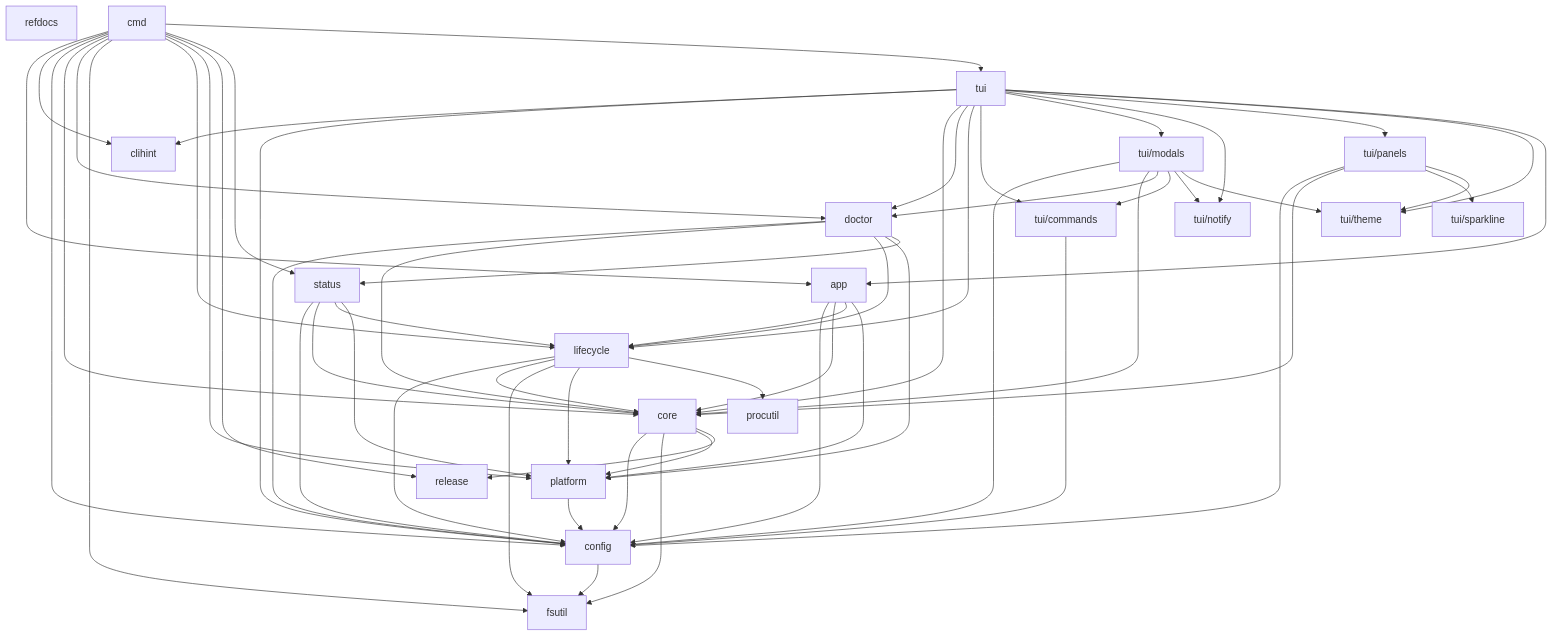
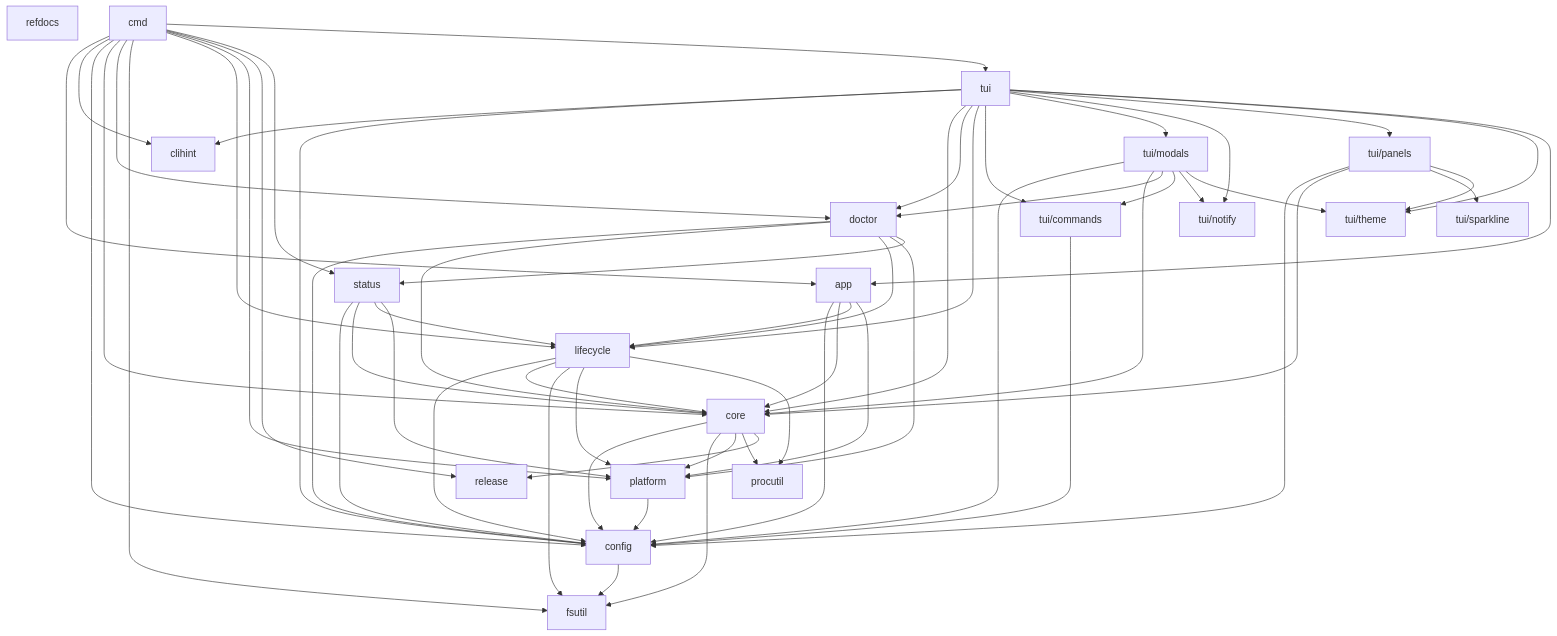
Before and after one commit to rtxnik/lazyray: the diagram in docs/ARCHITECTURE.md, drawn with Mermaid. The commit also changed 4 other files, not shown here.

Commit message:
fix(core): escalate stop of a non-child xray via procutil

```diff
--- a/docs/ARCHITECTURE.md
+++ b/docs/ARCHITECTURE.md
@@ -362,6 +362,7 @@
     core --> config
     core --> fsutil
     core --> platform
+    core --> procutil
     core --> release
     lifecycle --> config
     lifecycle --> core
```
